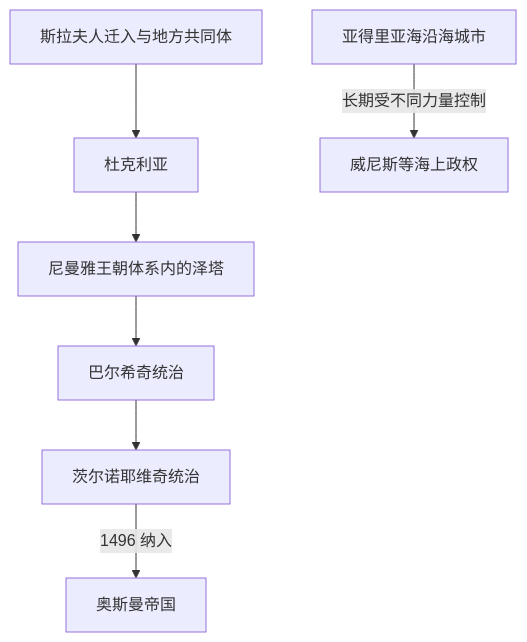
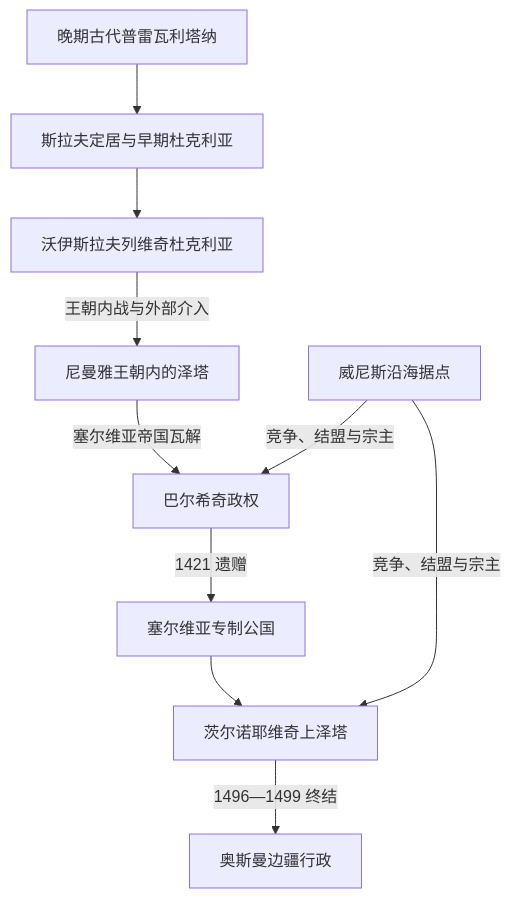
Before and after one commit to tianlan-dev/learning-notes: the diagram in 人文科学/历史/欧洲/东南欧与巴尔干/黑山/中世纪杜克利亚与泽塔.md, drawn with Mermaid. The commit also changed other lines of this file and 1417 other files, not shown here.

````diff
--- a/人文科学/历史/欧洲/东南欧与巴尔干/黑山/中世纪杜克利亚与泽塔.md
+++ b/人文科学/历史/欧洲/东南欧与巴尔干/黑山/中世纪杜克利亚与泽塔.md
@@ -37,9 +91,12 @@
 ```mermaid
 flowchart TD
-    Slavic["斯拉夫人迁入与地方共同体"] --> Duklja["杜克利亚"]
-    Duklja --> ZetaNemanjic["尼曼雅王朝体系内的泽塔"]
-    ZetaNemanjic --> Balsic["巴尔希奇统治"]
-    Balsic --> Crnojevic["茨尔诺耶维奇统治"]
-    Crnojevic -->|"1496 纳入"| Ottoman["奥斯曼帝国"]
-    Adriatic["亚得里亚海沿海城市"] -->|"长期受不同力量控制"| Venice["威尼斯等海上政权"]
+    Praevalitana["晚期古代普雷瓦利塔纳"] --> Slavic["斯拉夫定居与早期杜克利亚"]
+    Slavic --> Vojislav["沃伊斯拉夫列维奇杜克利亚"]
+    Vojislav -->|王朝内战与外部介入| ZetaN["尼曼雅王朝内的泽塔"]
+    ZetaN -->|塞尔维亚帝国瓦解| Balsic["巴尔希奇政权"]
+    Balsic -->|1421 遗赠| Despotate["塞尔维亚专制公国"]
+    Despotate --> Crnojevic["茨尔诺耶维奇上泽塔"]
+    Venice["威尼斯沿海据点"] -->|竞争、结盟与宗主| Balsic
+    Venice -->|竞争、结盟与宗主| Crnojevic
+    Crnojevic -->|1496—1499 终结| Ottoman["奥斯曼边疆行政"]
 ```
````
